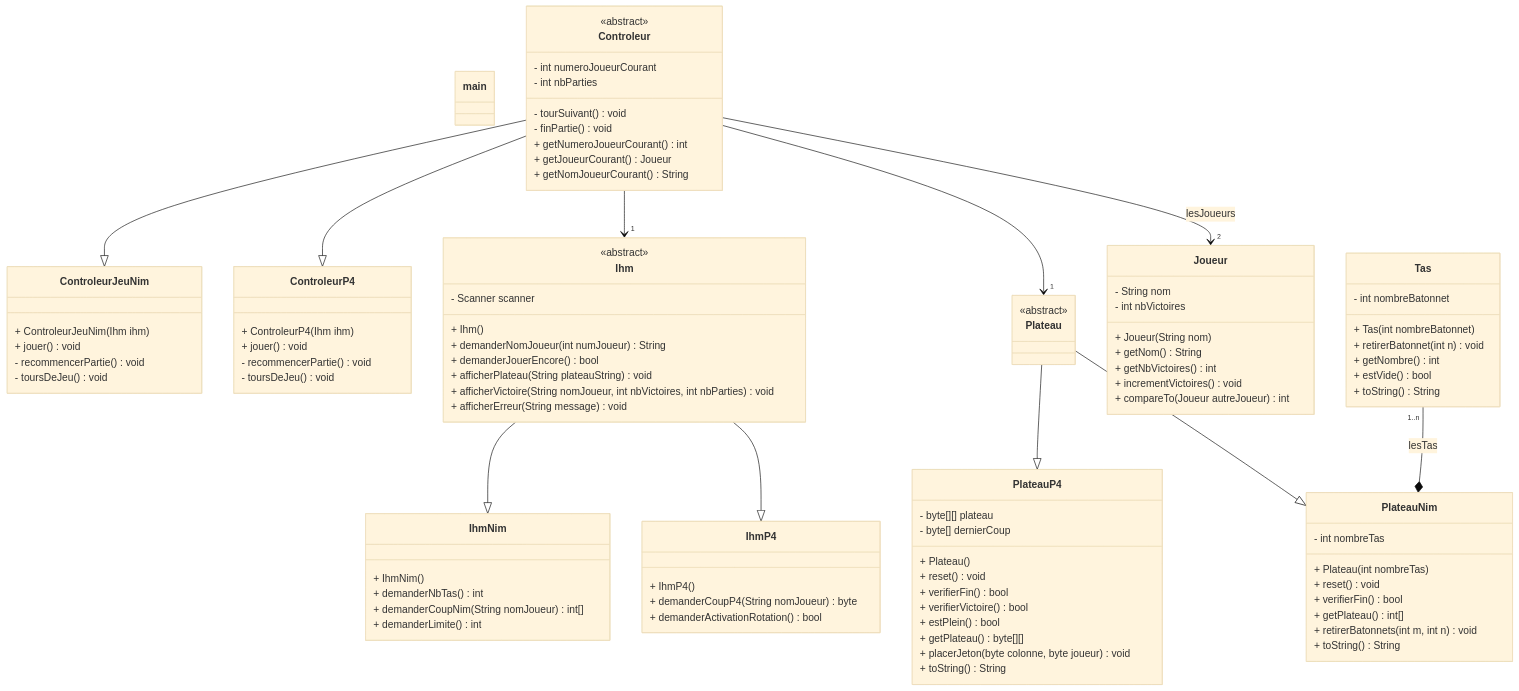
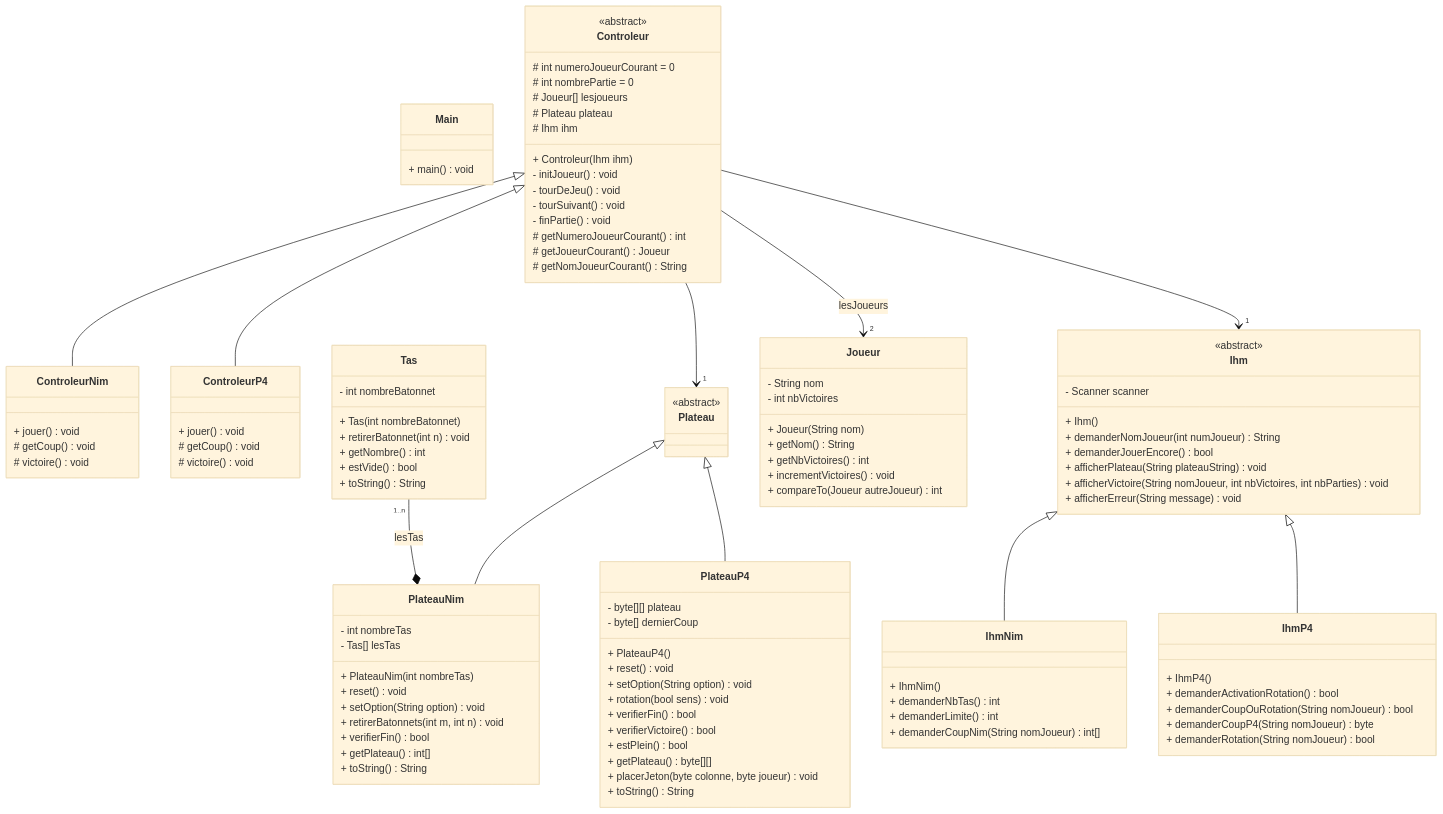
Before and after one commit to Kaawan-d20/CDA: the second of 2 diagrams in Document/Iteration3/Iteration3.md, drawn with Mermaid (base theme). The commit also changed other lines of this file, not shown here.

Commit message:
Modification du schèma du diagramme de classe + idée de dev

````diff
--- a/Document/Iteration3/Iteration3.md
+++ b/Document/Iteration3/Iteration3.md
@@ -199,37 +199,103 @@
 ```mermaid
 classDiagram
-    class main {
-
+    class Main{ 
+        + main() void
     }
 
     class Controleur {
         <<abstract>>
-        - int numeroJoueurCourant
-        - int nbParties
+        # int numeroJoueurCourant = 0
+        # int nombrePartie = 0
 
+        # Joueur[]  lesjoueurs
+        # Plateau plateau
+        # Ihm ihm
+        
+        + Controleur(Ihm ihm)
+        - initJoueur() void
+        - tourDeJeu() void
         - tourSuivant() void
         - finPartie() void
-
-        + getNumeroJoueurCourant() int
-        + getJoueurCourant() Joueur
-        + getNomJoueurCourant() String
-    }  
-
-    class ControleurJeuNim {
-        + ControleurJeuNim(Ihm ihm)
-        + jouer () void
-        - recommencerPartie() void
-        - toursDeJeu() void
+        # getNumeroJoueurCourant() int
+        # getJoueurCourant() Joueur
+        # getNomJoueurCourant() String
     }
 
-    class ControleurP4 {
-        + ControleurP4(Ihm ihm)
-        + jouer () void
-        - recommencerPartie() void
-        - toursDeJeu() void
+    class ControleurNim{
+        + jouer() void
+        # getCoup() void
+        # victoire() void
     }
 
-    
+    class ControleurP4{
+        + jouer() void
+        # getCoup() void
+        # victoire() void
+    }
+
+    Controleur <|-- ControleurNim
+    Controleur <|-- ControleurP4
+
+    class Plateau {<<abstract>>}
+    class PlateauNim {
+        - int nombreTas
+        
+        - Tas[] lesTas
+
+        + PlateauNim(int nombreTas)
+        + reset() void
+        + setOption(String option) void
+        + retirerBatonnets(int m, int n) void
+        + verifierFin() bool
+        + getPlateau() int[]
+        + toString() String
+    }
+
+    class PlateauP4 {
+        - byte[][] plateau
+        - byte[] dernierCoup
+
+        + PlateauP4()
+        + reset() void
+        + setOption(String option) void
+        + rotation(bool sens) void
+        + verifierFin() bool
+        + verifierVictoire() bool
+        + estPlein() bool
+        + getPlateau() byte[][]
+        + placerJeton(byte colonne, byte joueur) void
+        + toString() String 
+
+    }
+
+    Plateau <|-- PlateauNim
+    Plateau <|-- PlateauP4
+
+
+    class Tas {
+        - int nombreBatonnet
+
+        + Tas (int nombreBatonnet)
+        + retirerBatonnet(int n) void
+        + getNombre() int
+        + estVide() bool
+        + toString() String
+    }
+
+    class Joueur {
+        - String nom
+        - int nbVictoires
+
+        + Joueur(String nom)
+        + getNom() String
+        + getNbVictoires() int
+        + incrementVictoires() void
+        + compareTo(Joueur autreJoueur) int
+    }
+
+
+
+
 
     class Ihm {
         <<abstract>>
@@ -246,76 +312,24 @@
     class IhmNim {
         + IhmNim()
         + demanderNbTas() int
+        + demanderLimite() int
         + demanderCoupNim(String nomJoueur) int[]
-        + demanderLimite() int
     }
 
     class IhmP4 {
         + IhmP4()
+        + demanderActivationRotation() bool
+        + demanderCoupOuRotation(String nomJoueur) bool
         + demanderCoupP4(String nomJoueur) byte
-        + demanderActivationRotation() bool
+        + demanderRotation(String nomJoueur) bool
     }
 
+    Ihm <|-- IhmNim
+    Ihm <|-- IhmP4
 
 
-    class Plateau {<<abstract>>}  
-
-    class PlateauNim {
-        - int nombreTas
-
-        + Plateau (int nombreTas)
-        + reset() void
-        + verifierFin() bool
-        + getPlateau() int[]
-        + retirerBatonnets(int m, int n) void
-        + toString() String
-    }
-
-    class PlateauP4 {
-        - byte[][] plateau
-        - byte[] dernierCoup
-
-        + Plateau ()
-        + reset() void
-        + verifierFin() bool
-        + verifierVictoire() bool
-        + estPlein() bool
-        + getPlateau() byte[][]
-        + placerJeton(byte colonne, byte joueur) void
-        + toString() String 
-    }
-
-
-
-    class Joueur {
-        - String nom
-        - int nbVictoires
-
-        + Joueur(String nom)
-        + getNom() String
-        + getNbVictoires() int
-        + incrementVictoires() void
-        + compareTo(Joueur autreJoueur) int
-    }
-
-    class Tas {
-        - int nombreBatonnet
-
-        + Tas (int nombreBatonnet)
-        + retirerBatonnet(int n) void
-        + getNombre() int
-        + estVide() bool
-        + toString() String
-    }
-
-    Controleur --|> ControleurJeuNim
-    Controleur --|> ControleurP4
+    Controleur --> "1" Plateau
     Controleur --> "1" Ihm
-    Ihm --|> IhmNim
-    Ihm --|> IhmP4
-    Controleur --> "1" Plateau
-    Plateau --|> PlateauP4
-    Plateau --|> PlateauNim
     Tas "1..n" --* PlateauNim : lesTas
     Controleur --> "2" Joueur : lesJoueurs
 ```
````
